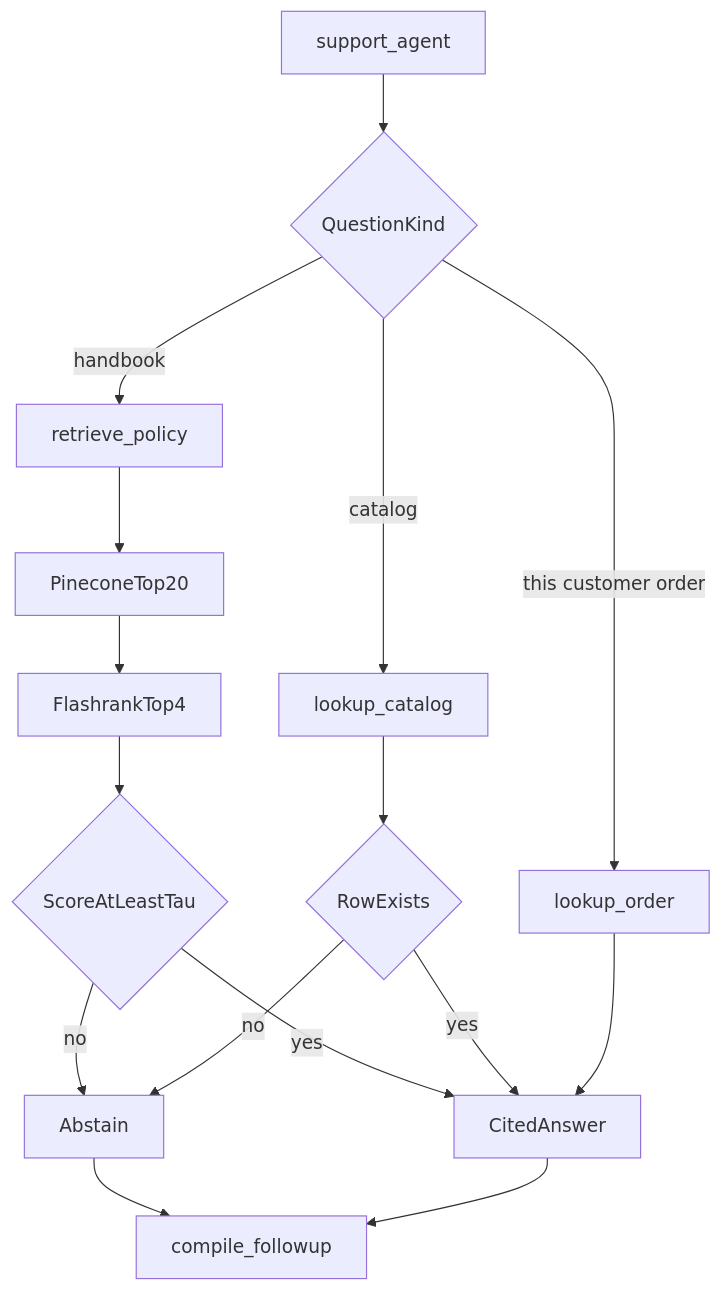
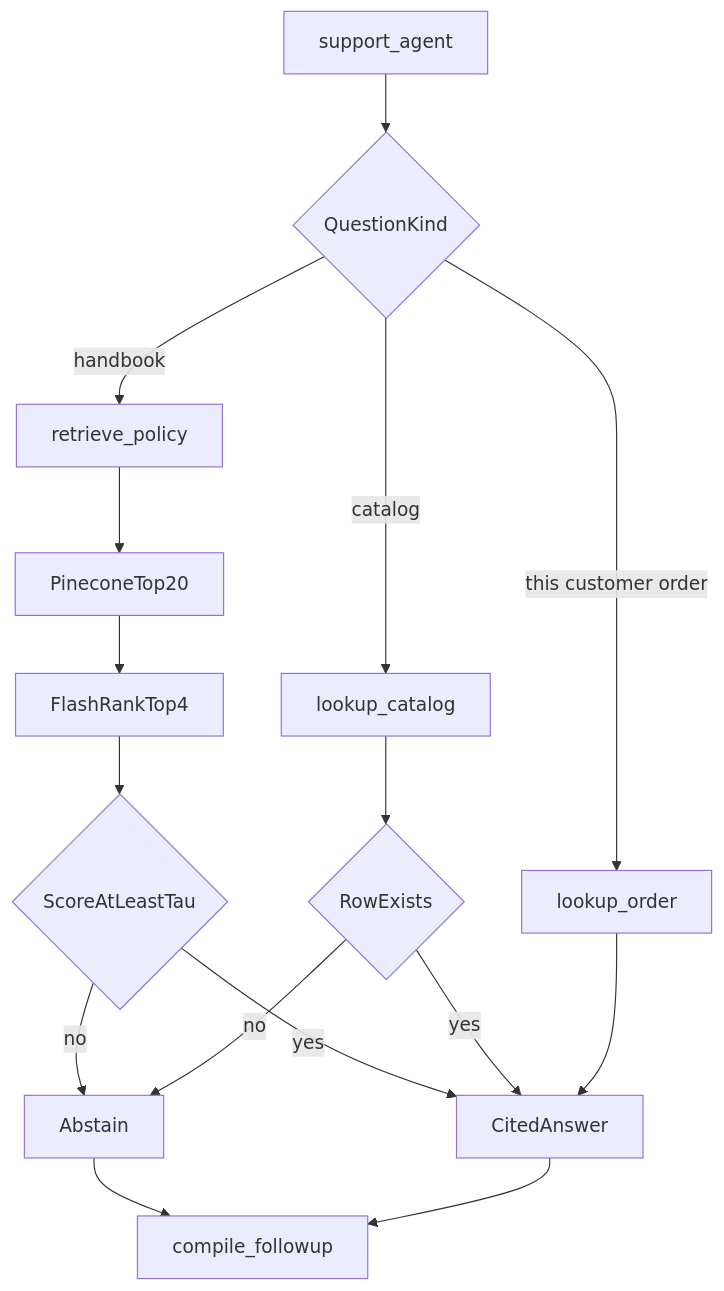
One commit to PrasannaMalatesha/northstar-support-agent changed the third of 10 diagrams in architecture.md. Above: the diagram before and after it, drawn with Mermaid. The commit also changed other lines of this file and 65 other files, not shown here.

````diff
--- a/architecture.md
+++ b/architecture.md
@@ -89,18 +89,18 @@
 ```mermaid
 flowchart TD
   startSupport[support_agent] --> kind{QuestionKind}
   kind -->|"handbook"| retrieve[retrieve_policy]
   kind -->|"catalog"| catalog[lookup_catalog]
   kind -->|"this customer order"| lookup[lookup_order]
   retrieve --> pinecone[PineconeTop20]
-  pinecone --> rerank[FlashrankTop4]
+  pinecone --> rerank[FlashRankTop4]
   rerank --> gate{ScoreAtLeastTau}
   gate -->|"no"| abstain[Abstain]
   gate -->|"yes"| draft[CitedAnswer]
   catalog --> found{RowExists}
   found -->|"no"| abstain
   found -->|"yes"| draft
   lookup --> draft
   abstain --> followup[compile_followup]
   draft --> followup
 ```
````
